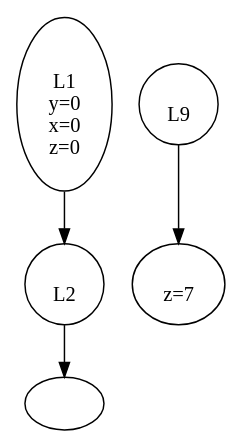
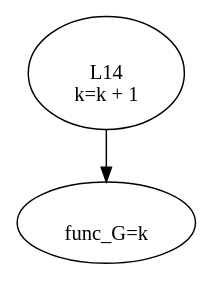
The diagram in round-table.gv (Zzephaniahh/SoLVe), drawn with Graphviz before and after one commit. The commit also changed 26 other files, not shown here.

```diff
--- a/round-table.gv
+++ b/round-table.gv
@@ -1,23 +1,11 @@
 // func_G
 digraph {
-	1 -> 2 [label=""]
-	1 [label="
-L1
-y=0
-x=0
-z=0
+	14 -> 15 [label=""]
+	14 [label="
+L14
+k=k + 1
 "]
-	2 -> 3 [label=""]
-	2 [label="
-L2
-"]
-	3 [label="
-"]
-	9 -> 10 [label=""]
-	9 [label="
-L9
-"]
-	10 [label="
-z=7
+	15 [label="
+func_G=k
 "]
 }
```
